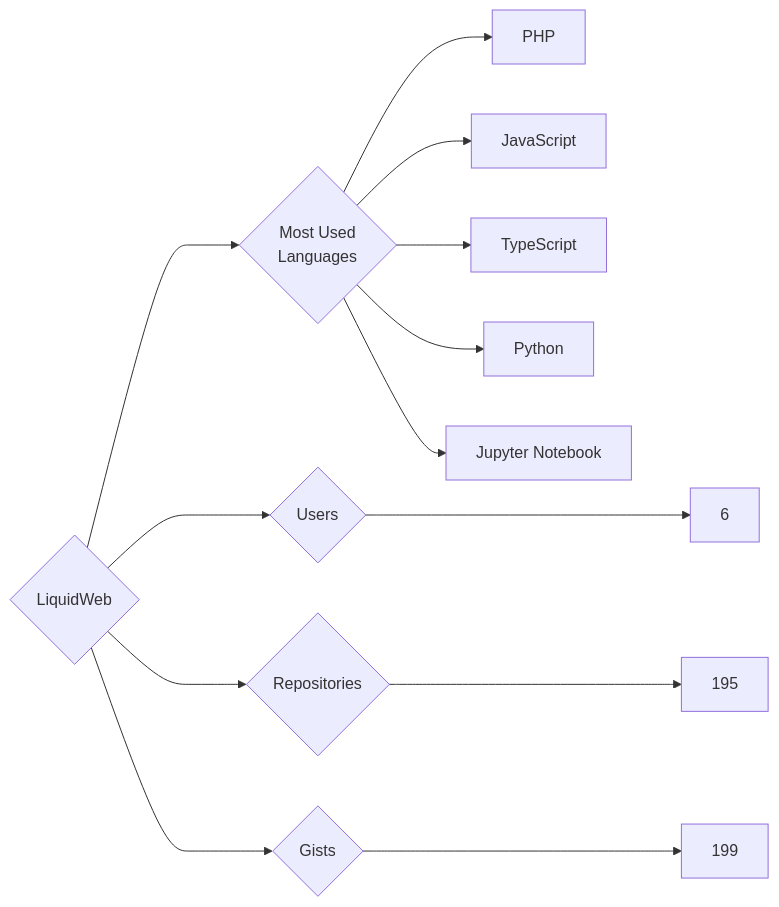
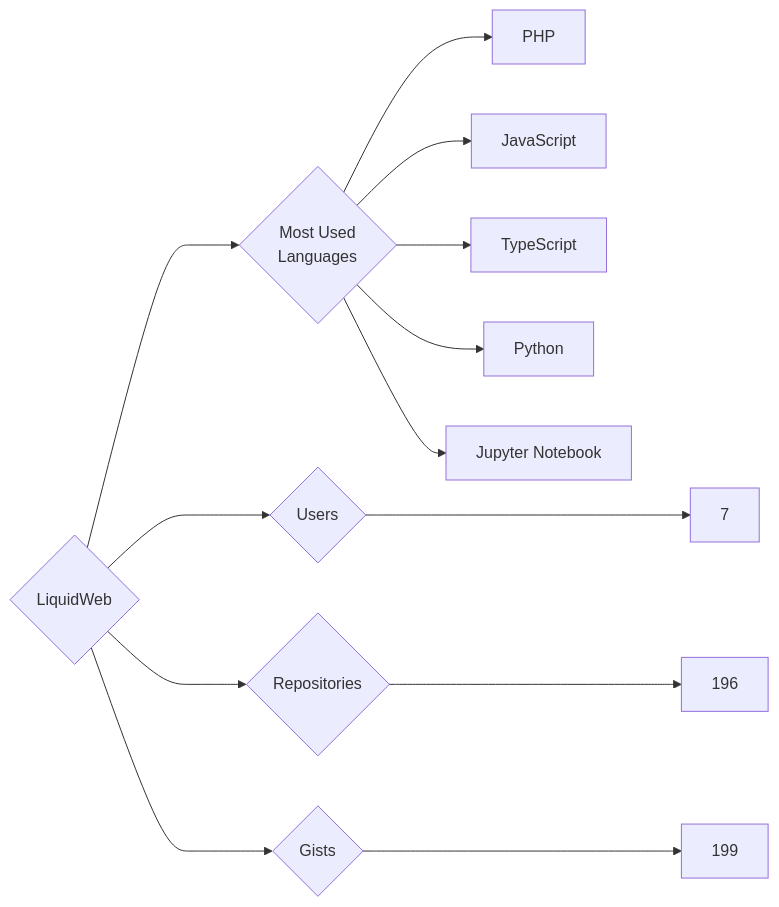
Before and after one commit to trickest/insiders: the diagram in targets/LiquidWeb/README.md, drawn with Mermaid. The commit also changed 899 other files, not shown here.

````diff
--- a/targets/LiquidWeb/README.md
+++ b/targets/LiquidWeb/README.md
@@ -3,13 +3,13 @@
 ```mermaid
 graph LR
 COMPANY_NAME{LiquidWeb}
-COMPANY_NAME ---> U{Users} ---> UN[6]
-COMPANY_NAME ---> R{Repositories} ---> RN[195]
+COMPANY_NAME ---> U{Users} ---> UN[7]
+COMPANY_NAME ---> R{Repositories} ---> RN[196]
 COMPANY_NAME ---> G{Gists} ---> GN[199]
 COMPANY_NAME ---> ML{Most Used<br>Languages}
 ML --> PHP[PHP]
 ML --> JavaScript[JavaScript]
 ML --> TypeScript[TypeScript]
 ML --> Python[Python]
 ML --> Jupyter_Notebook[Jupyter Notebook]
 ```
````
